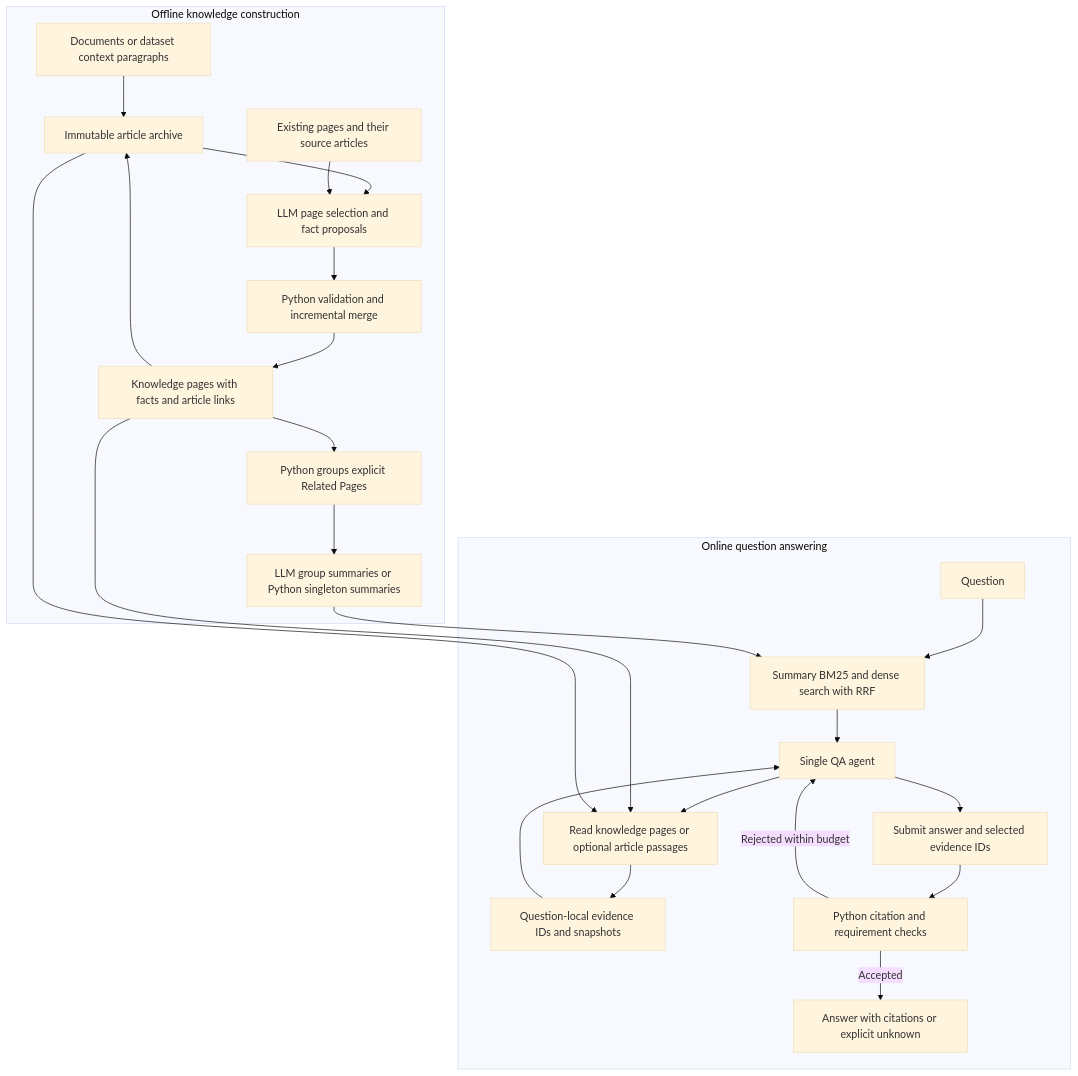
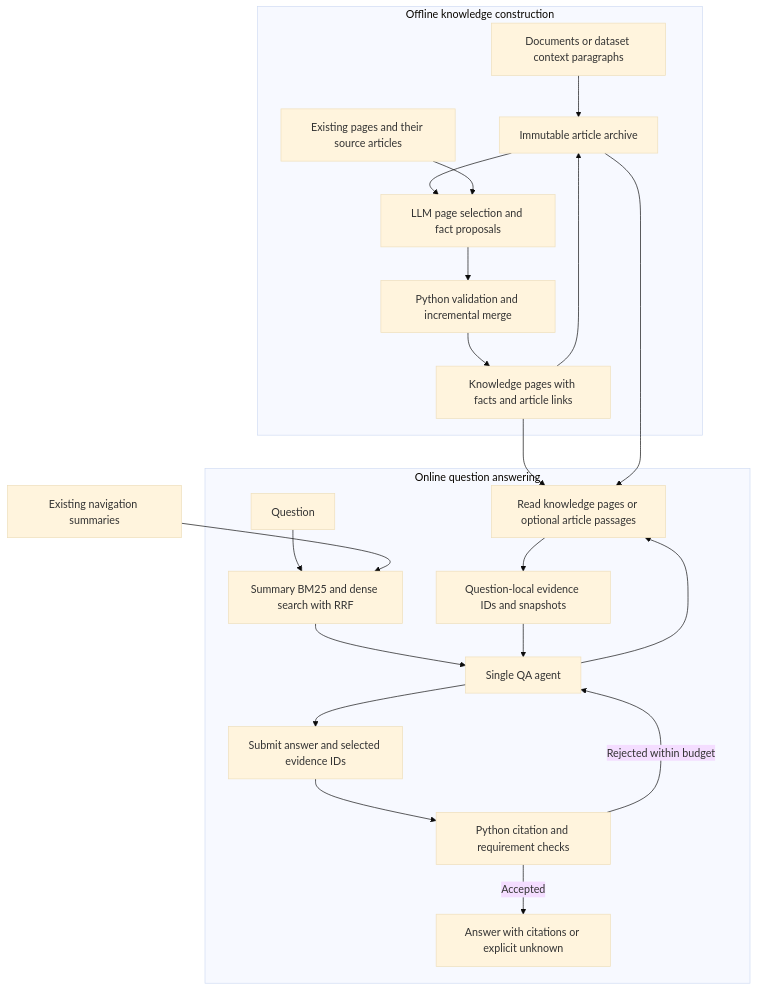
One commit to YusenFan/LLM-Wiki changed the diagram in README.md. Above: the diagram before and after it, drawn with Mermaid (base theme). The commit also changed other lines of this file and 23 other files, not shown here.

````diff
--- a/README.md
+++ b/README.md
@@ -18,27 +18,25 @@
 ```mermaid
 flowchart TD
     subgraph Build[Offline knowledge construction]
         Input[Documents or dataset context paragraphs] --> Articles[Immutable article archive]
         Articles --> Proposals[LLM page selection and fact proposals]
         Existing[Existing pages and their source articles] --> Proposals
         Proposals --> Validate[Python validation and incremental merge]
         Validate --> Knowledge[Knowledge pages with facts and article links]
         Knowledge --> Articles
-        Knowledge --> Groups[Python groups explicit Related Pages]
-        Groups --> Summaries[LLM group summaries or Python singleton summaries]
     end
     subgraph QA[Online question answering]
         Question[Question] --> Search[Summary BM25 and dense search with RRF]
         Search --> Agent[Single QA agent]
         Agent --> Read[Read knowledge pages or optional article passages]
         Read --> Evidence[Question-local evidence IDs and snapshots]
         Evidence --> Agent
         Agent --> Submit[Submit answer and selected evidence IDs]
         Submit --> Check[Python citation and requirement checks]
         Check -->|Rejected within budget| Agent
         Check -->|Accepted| Answer[Answer with citations or explicit unknown]
     end
-    Summaries --> Search
+    Summaries[Existing navigation summaries] --> Search
     Knowledge --> Read
     Articles --> Read
 ```
````
